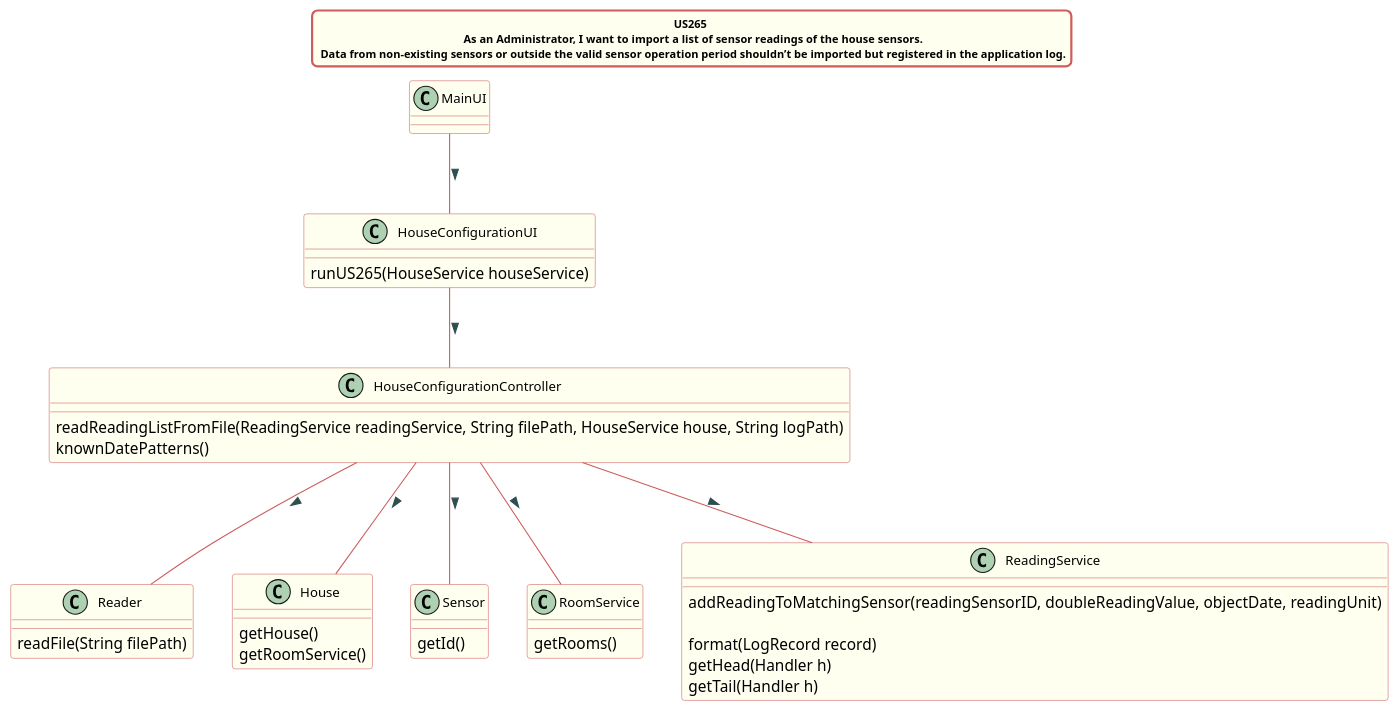
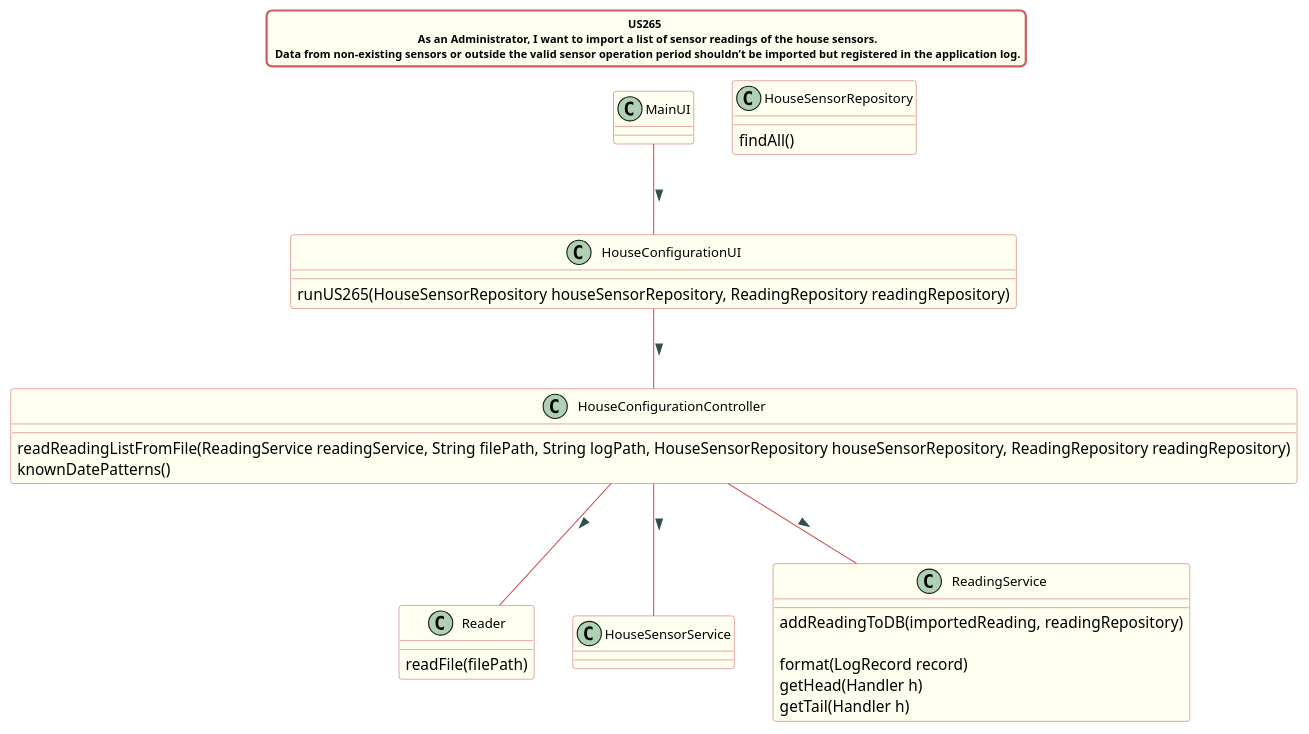
Before and after one commit to Almadanmp/project: the diagram in src/doc/Controllers/HouseConfiguration/US265/US265_cd_HouseConfiguration.puml, drawn with PlantUML.

Commit message:
REF #205 REF #234 Updated Class Diagram

```diff
--- a/src/doc/Controllers/HouseConfiguration/US265/US265_cd_HouseConfiguration.puml
+++ b/src/doc/Controllers/HouseConfiguration/US265/US265_cd_HouseConfiguration.puml
@@ -1,68 +1,57 @@
 @startuml
 title US265 \n  As an Administrator, I want to import a list of sensor readings of the house sensors. \n Data from non-existing sensors or outside the valid sensor operation period shouldn’t be imported but registered in the application log.
 
 skinparam titleBorderRoundCorner 10
 skinparam titleBorderThickness 2
 skinparam titleBorderColor indianred
 skinparam titleBackgroundColor ivory
 skinparam FontName verdana
 skinparam titleFontSize 10
 
 
 skinparam class {
  	BorderColor indianred
  	BackgroundColor indianred
  	BackgroundColor ivory
     roundcorner 10
     ArrowFontName Verdana
     ArrowColor indianred
     ArrowFontColor darkslategrey
     FontSize 12
  }
 
 
 MainUI -- HouseConfigurationUI : >
 
 HouseConfigurationUI -- HouseConfigurationController : >
 HouseConfigurationController -- Reader : >
-HouseConfigurationController -- House : >
-HouseConfigurationController -- Sensor : >
-HouseConfigurationController -- RoomService : >
+HouseConfigurationController -- HouseSensorService : >
 HouseConfigurationController -- ReadingService : >
 
 class HouseConfigurationUI{
 
-runUS265(HouseService houseService)
+runUS265(HouseSensorRepository houseSensorRepository, ReadingRepository readingRepository)
 }
 
 class HouseConfigurationController{
-readReadingListFromFile(ReadingService readingService, String filePath, HouseService house, String logPath)
+readReadingListFromFile(ReadingService readingService, String filePath, String logPath, HouseSensorRepository houseSensorRepository, ReadingRepository readingRepository)
 knownDatePatterns()
 }
 
 class Reader{
-readFile(String filePath)
+readFile(filePath)
 }
 
-class House{
-getHouse()
-getRoomService()
-}
-
-class RoomService{
-getRooms()
-}
-
-class Sensor{
-getId()
+class HouseSensorRepository{
+findAll()
 }
 
 class ReadingService{
-addReadingToMatchingSensor(readingSensorID, doubleReadingValue, objectDate, readingUnit)
+addReadingToDB(importedReading, readingRepository)
 
 format(LogRecord record)
 getHead(Handler h)
 getTail(Handler h)
 }
 
 @enduml
```
